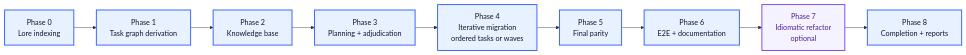
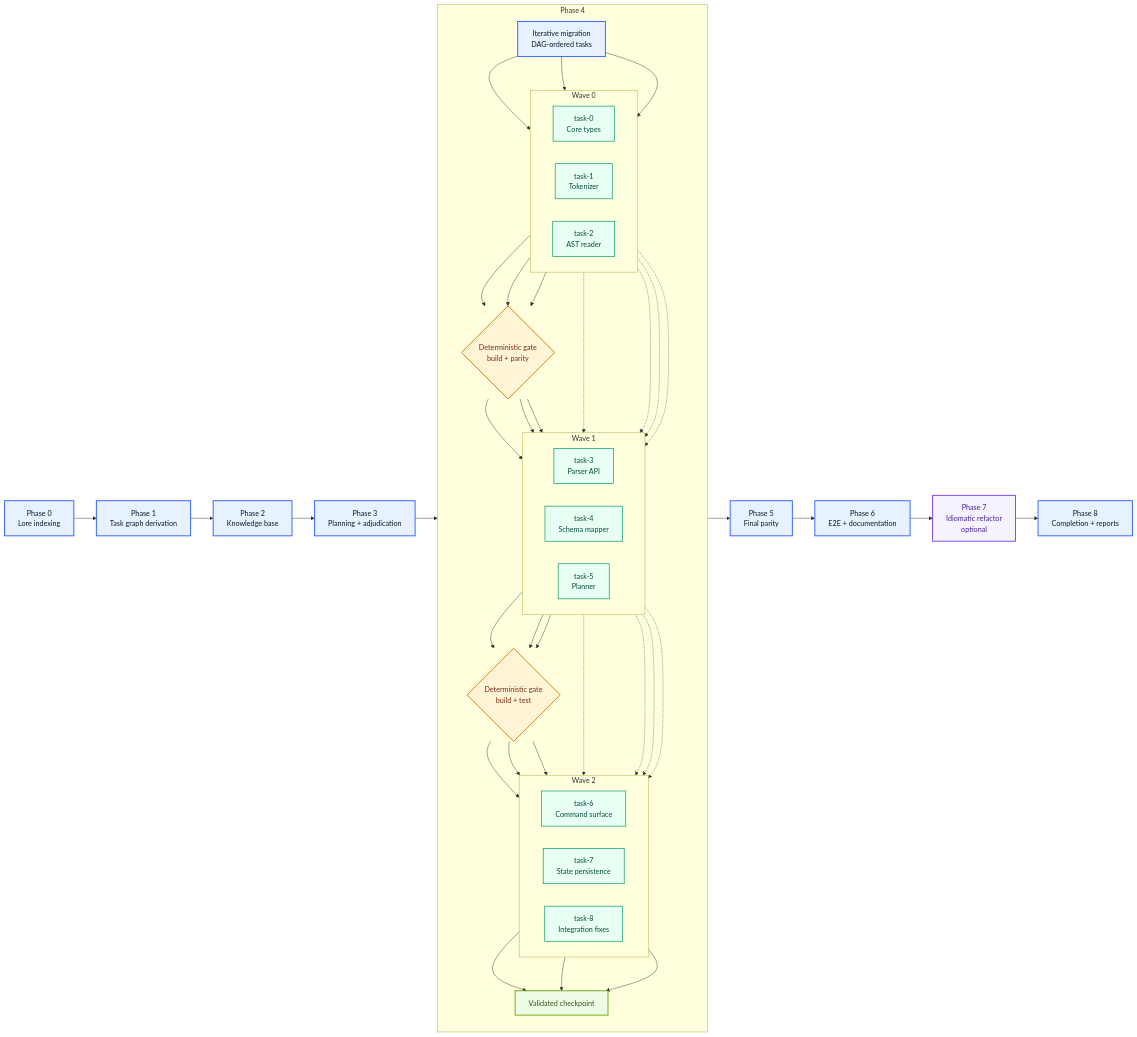
Before and after one commit to jafreck/AAMF: the first of 2 diagrams in README.md, drawn with Mermaid. The commit also changed other lines of this file, not shown here.

Commit message:
docs: restore phase 4 subgraph in README

````diff
--- a/README.md
+++ b/README.md
@@ -50,14 +50,79 @@
 ```mermaid
 flowchart LR
      classDef phase fill:#E8F1FF,stroke:#2C5BFF,stroke-width:2px,color:#0F172A;
      classDef optional fill:#F5F3FF,stroke:#7C3AED,stroke-width:2px,color:#4C1D95;
+     classDef task fill:#E8FFF4,stroke:#059669,stroke-width:1.5px,color:#064E3B;
+     classDef gate fill:#FFF4D6,stroke:#D97706,stroke-width:2px,color:#7C2D12;
+     classDef done fill:#EEFCE7,stroke:#65A30D,stroke-width:2px,color:#365314;
 
      phase0["Phase 0<br/>Lore indexing"]:::phase --> phase1["Phase 1<br/>Task graph derivation"]:::phase
      phase1 --> phase2["Phase 2<br/>Knowledge base"]:::phase
      phase2 --> phase3["Phase 3<br/>Planning + adjudication"]:::phase
-     phase3 --> phase4["Phase 4<br/>Iterative migration<br/>ordered tasks or waves"]:::phase
-     phase4 --> phase5["Phase 5<br/>Final parity"]:::phase
+     phase3 --> p4entry
+
+     subgraph phase4Cluster["Phase 4"]
+          direction TB
+          p4entry["Iterative migration<br/>DAG-ordered tasks"]:::phase
+
+          subgraph wave0["Wave 0"]
+               direction LR
+               t0["task-0<br/>Core types"]:::task
+               t1["task-1<br/>Tokenizer"]:::task
+               t2["task-2<br/>AST reader"]:::task
+          end
+
+          g0{"Deterministic gate<br/>build + parity"}:::gate
+
+          subgraph wave1["Wave 1"]
+               direction LR
+               t3["task-3<br/>Parser API"]:::task
+               t4["task-4<br/>Schema mapper"]:::task
+               t5["task-5<br/>Planner"]:::task
+          end
+
+          g1{"Deterministic gate<br/>build + test"}:::gate
+
+          subgraph wave2["Wave 2"]
+               direction LR
+               t6["task-6<br/>Command surface"]:::task
+               t7["task-7<br/>State persistence"]:::task
+               t8["task-8<br/>Integration fixes"]:::task
+          end
+
+          p4done["Validated checkpoint"]:::done
+
+          p4entry --> t0
+          p4entry --> t1
+          p4entry --> t2
+
+          t0 -.-> t3
+          t1 -.-> t3
+          t1 -.-> t4
+          t2 -.-> t5
+          t3 -.-> t6
+          t4 -.-> t7
+          t5 -.-> t7
+          t5 -.-> t8
+
+          t0 --> g0
+          t1 --> g0
+          t2 --> g0
+          g0 --> t3
+          g0 --> t4
+          g0 --> t5
+          t3 --> g1
+          t4 --> g1
+          t5 --> g1
+          g1 --> t6
+          g1 --> t7
+          g1 --> t8
+          t6 --> p4done
+          t7 --> p4done
+          t8 --> p4done
+     end
+
+     p4done --> phase5["Phase 5<br/>Final parity"]:::phase
      phase5 --> phase6["Phase 6<br/>E2E + documentation"]:::phase
      phase6 --> phase7["Phase 7<br/>Idiomatic refactor<br/>optional"]:::optional
      phase7 --> phase8["Phase 8<br/>Completion + reports"]:::phase
 ```
````
